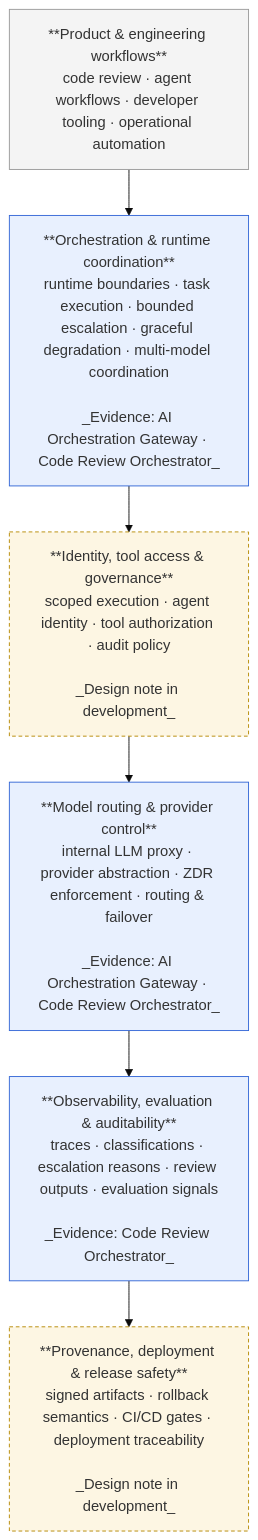
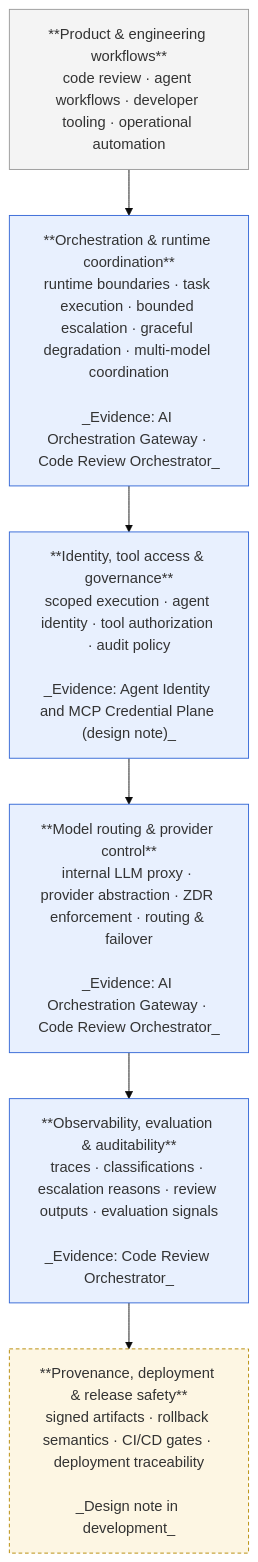
One commit to ryanwilliams90/portfolio changed the diagram in README.md. Above: the diagram before and after it, drawn with Mermaid (base theme). The commit also changed other lines of this file and 2 other files, not shown here.

````diff
--- a/README.md
+++ b/README.md
@@ -15,23 +15,23 @@
 ```mermaid
 flowchart TB
     L1["**Product & engineering workflows**<br/>code review · agent workflows · developer tooling · operational automation"]
 
     L2["**Orchestration & runtime coordination**<br/>runtime boundaries · task execution · bounded escalation · graceful degradation · multi-model coordination<br/><br/>_Evidence: AI Orchestration Gateway · Code Review Orchestrator_"]
 
-    L3["**Identity, tool access & governance**<br/>scoped execution · agent identity · tool authorization · audit policy<br/><br/>_Design note in development_"]
+    L3["**Identity, tool access & governance**<br/>scoped execution · agent identity · tool authorization · audit policy<br/><br/>_Evidence: Agent Identity and MCP Credential Plane (design note)_"]
 
     L4["**Model routing & provider control**<br/>internal LLM proxy · provider abstraction · ZDR enforcement · routing & failover<br/><br/>_Evidence: AI Orchestration Gateway · Code Review Orchestrator_"]
 
     L5["**Observability, evaluation & auditability**<br/>traces · classifications · escalation reasons · review outputs · evaluation signals<br/><br/>_Evidence: Code Review Orchestrator_"]
 
     L6["**Provenance, deployment & release safety**<br/>signed artifacts · rollback semantics · CI/CD gates · deployment traceability<br/><br/>_Design note in development_"]
 
     L1 --> L2 --> L3 --> L4 --> L5 --> L6
 
     classDef grounded fill:#e8f0fe,stroke:#3367d6,stroke-width:1px;
     classDef planned fill:#fdf6e3,stroke:#b58900,stroke-width:1px,stroke-dasharray:4 3;
     classDef workload fill:#f4f4f4,stroke:#999,stroke-width:1px;
     class L1 workload;
-    class L2,L4,L5 grounded;
-    class L3,L6 planned;
+    class L2,L3,L4,L5 grounded;
+    class L6 planned;
 ```
````
